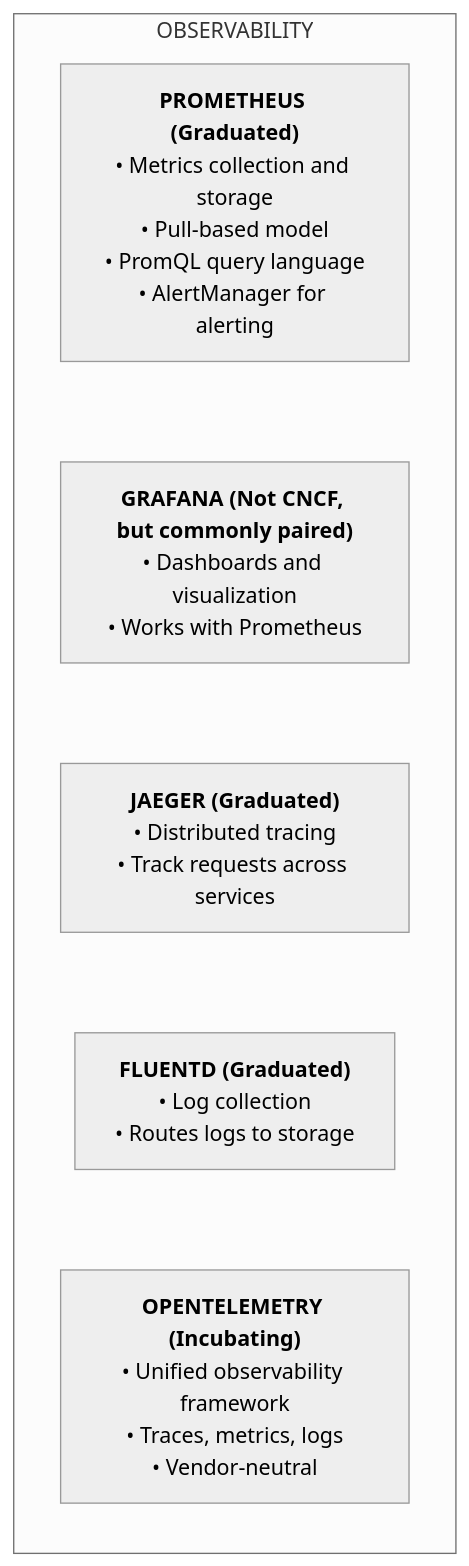
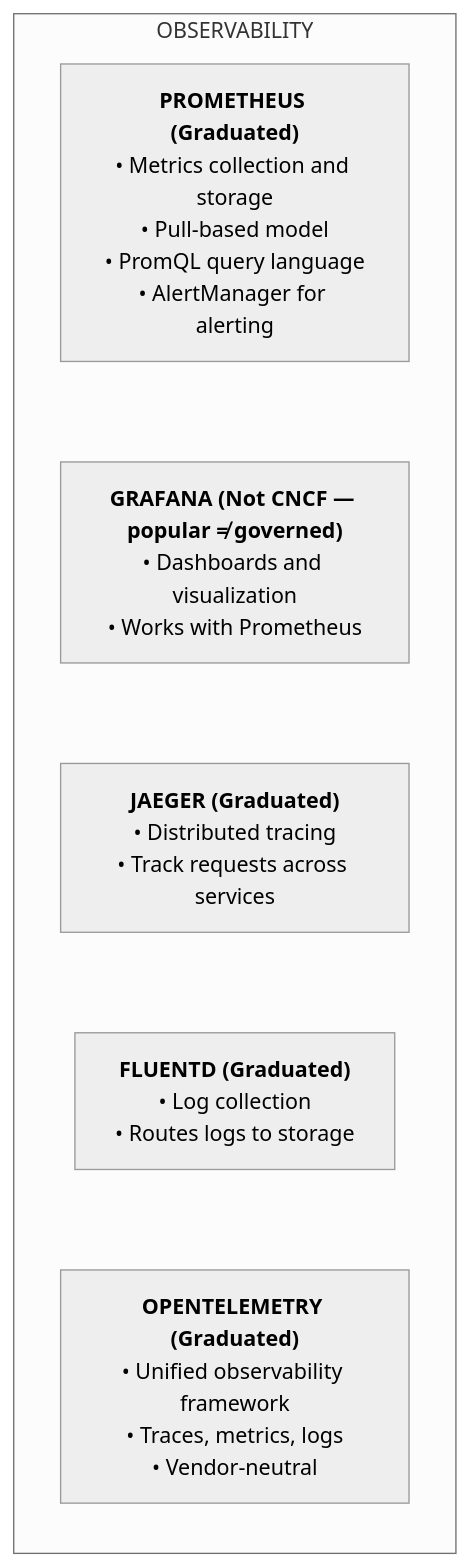
Before and after one commit to kube-dojo/kube-dojo: the fifth of 8 diagrams in src/content/docs/k8s/kcna/part3-cloud-native-architecture/module-3.2-cncf-ecosystem.md, drawn with Mermaid (neutral theme). The commit also changed other lines of this file and 7 other files, not shown here.

````diff
--- a/src/content/docs/k8s/kcna/part3-cloud-native-architecture/module-3.2-cncf-ecosystem.md
+++ b/src/content/docs/k8s/kcna/part3-cloud-native-architecture/module-3.2-cncf-ecosystem.md
@@ -197,13 +197,13 @@
 ```mermaid
 flowchart TB
     subgraph Observability [OBSERVABILITY]
         direction TB
         Prom["<b>PROMETHEUS (Graduated)</b><br>• Metrics collection and storage<br>• Pull-based model<br>• PromQL query language<br>• AlertManager for alerting"]
-        Graf["<b>GRAFANA (Not CNCF, but commonly paired)</b><br>• Dashboards and visualization<br>• Works with Prometheus"]
+        Graf["<b>GRAFANA (Not CNCF — popular ≠ governed)</b><br>• Dashboards and visualization<br>• Works with Prometheus"]
         Jaeg["<b>JAEGER (Graduated)</b><br>• Distributed tracing<br>• Track requests across services"]
         Flu["<b>FLUENTD (Graduated)</b><br>• Log collection<br>• Routes logs to storage"]
-        Otel["<b>OPENTELEMETRY (Incubating)</b><br>• Unified observability framework<br>• Traces, metrics, logs<br>• Vendor-neutral"]
+        Otel["<b>OPENTELEMETRY (Graduated)</b><br>• Unified observability framework<br>• Traces, metrics, logs<br>• Vendor-neutral"]
         
         Prom ~~~ Graf ~~~ Jaeg ~~~ Flu ~~~ Otel
     end
 ```
````
